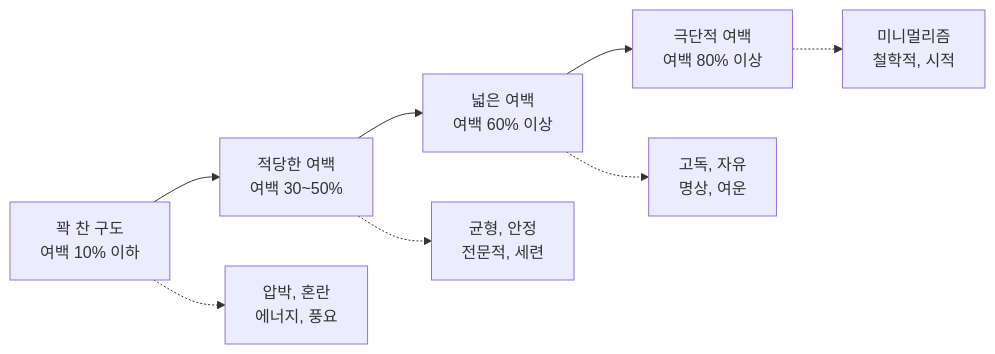
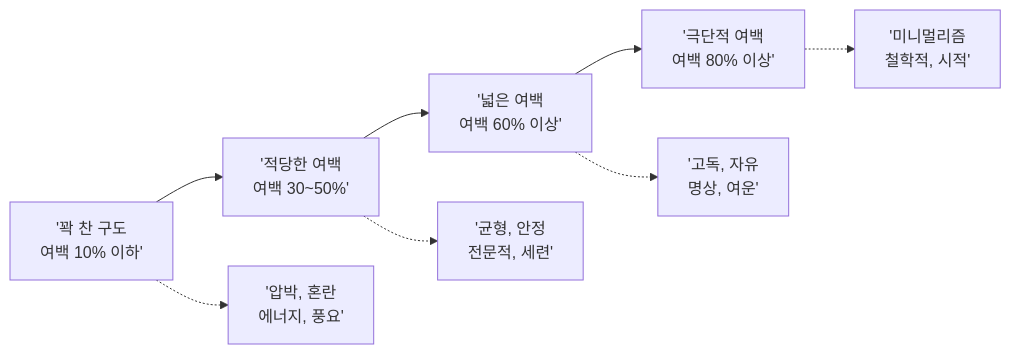
The third of 3 diagrams in 11-ch11-시각적-스토리텔링과-감정-전달/03-03-구도와-시선-유도로-메시지-강화.md (jsonpassion/forge-tutorial-promptcanvas), drawn with Mermaid before and after one commit. The commit also changed other lines of this file and 63 other files, not shown here.

````diff
--- a/11-ch11-시각적-스토리텔링과-감정-전달/03-03-구도와-시선-유도로-메시지-강화.md
+++ b/11-ch11-시각적-스토리텔링과-감정-전달/03-03-구도와-시선-유도로-메시지-강화.md
@@ -146,11 +115,11 @@
 ```mermaid
 flowchart LR
-    A["꽉 찬 구도<br/>여백 10% 이하"] --> B["적당한 여백<br/>여백 30~50%"]
-    B --> C["넓은 여백<br/>여백 60% 이상"]
-    C --> D["극단적 여백<br/>여백 80% 이상"]
+    A['꽉 찬 구도<br/>여백 10% 이하'] --> B['적당한 여백<br/>여백 30~50%']
+    B --> C['넓은 여백<br/>여백 60% 이상']
+    C --> D['극단적 여백<br/>여백 80% 이상']
 
-    A -.-> A1["압박, 혼란<br/>에너지, 풍요"]
-    B -.-> B1["균형, 안정<br/>전문적, 세련"]
-    C -.-> C1["고독, 자유<br/>명상, 여운"]
-    D -.-> D1["미니멀리즘<br/>철학적, 시적"]
+    A -.-> A1['압박, 혼란<br/>에너지, 풍요']
+    B -.-> B1['균형, 안정<br/>전문적, 세련']
+    C -.-> C1['고독, 자유<br/>명상, 여운']
+    D -.-> D1['미니멀리즘<br/>철학적, 시적']
 ```
````
